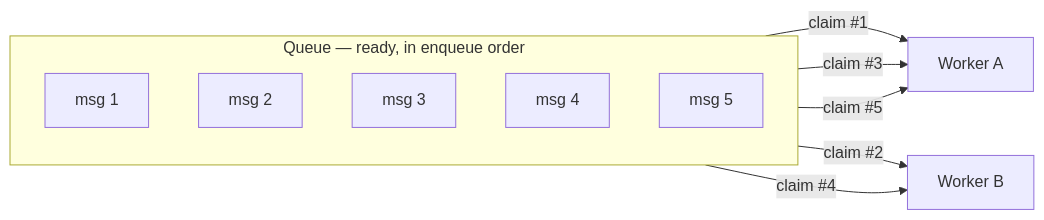
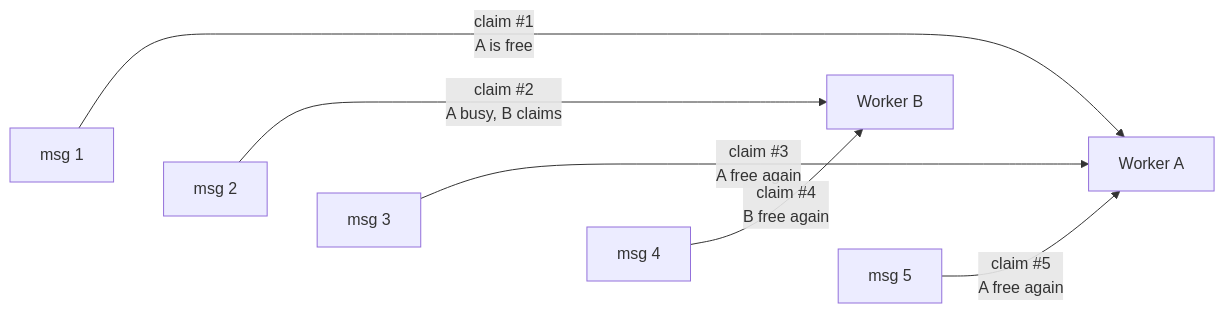
One commit to Clemkd/junction changed the first of 2 diagrams in docs/DESIGN.md. Above: the diagram before and after it, drawn with Mermaid. The commit also changed other lines of this file, not shown here.

Commit message:
Fix cursor/claim arrows anchoring to the subgraph instead of the node
Both diagrams nested their message/offset nodes inside a subgraph while
the cursor/claim arrows crossed out to nodes outside it — Mermaid then
anchors a boundary-crossing edge to the subgraph's edge rather than the
specific node, so the arrows visually pointed at the container instead
of the message they were about. Dropped both subgraphs (an invisible
~~~ chain keeps the Queue's enqueue-order layout without one) so every
arrow now lands exactly on the node it's about.

Also adds inline explanations to the Queue's claim arrows (why that
worker got that message) instead of just a claim number.

````diff
--- a/docs/DESIGN.md
+++ b/docs/DESIGN.md
@@ -13,16 +13,9 @@
 ```mermaid
 flowchart LR
-    subgraph Q["Queue — ready, in enqueue order"]
-        direction TB
-        m1["msg 1"]
-        m2["msg 2"]
-        m3["msg 3"]
-        m4["msg 4"]
-        m5["msg 5"]
-    end
-    m1 -->|"claim #1"| A[Worker A]
-    m2 -->|"claim #2"| B[Worker B]
-    m3 -->|"claim #3"| A
-    m4 -->|"claim #4"| B
-    m5 -->|"claim #5"| A
+    m1["msg 1"] -->|"claim #1<br/>A is free"| A[Worker A]
+    m2["msg 2"] -->|"claim #2<br/>A busy, B claims"| B[Worker B]
+    m3["msg 3"] -->|"claim #3<br/>A free again"| A
+    m4["msg 4"] -->|"claim #4<br/>B free again"| B
+    m5["msg 5"] -->|"claim #5<br/>A free again"| A
+    m1 ~~~ m2 ~~~ m3 ~~~ m4 ~~~ m5
 ```
````
